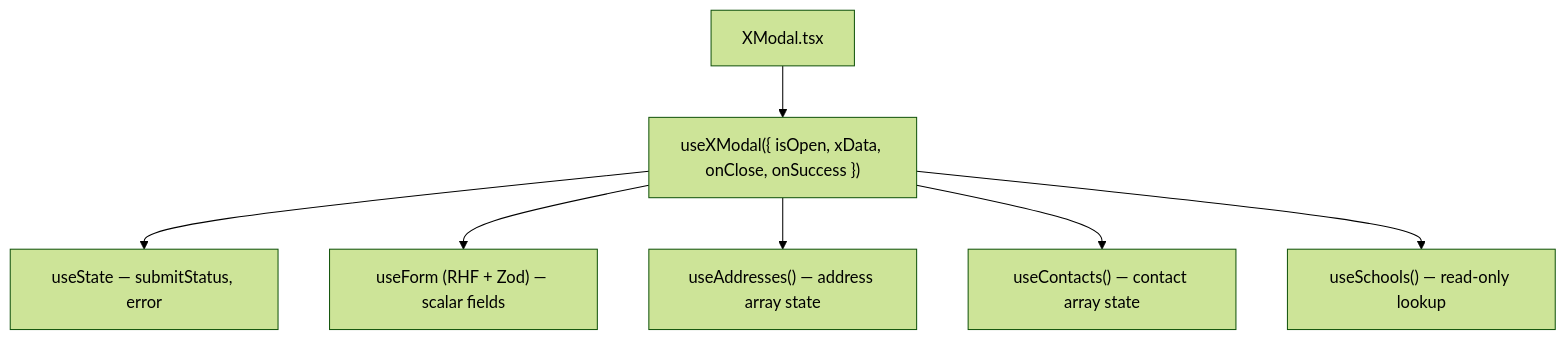
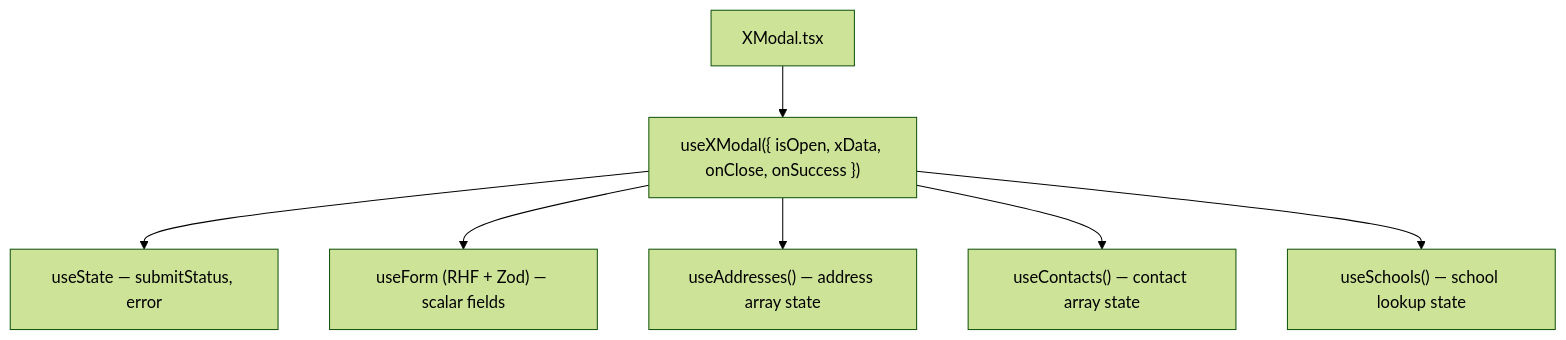
Before and after one commit to shin0bi21/program-management-app: the second of 4 diagrams in frontend/STRUCTURE.md, drawn with Mermaid (forest theme). The commit also changed other lines of this file and 36 other files, not shown here.

````diff
--- a/frontend/STRUCTURE.md
+++ b/frontend/STRUCTURE.md
@@ -283,9 +282,9 @@
 ```mermaid
 flowchart TD
     M[XModal.tsx] --> HK["useXModal({ isOpen, xData, onClose, onSuccess })"]
     HK --> S["useState — submitStatus, error"]
     HK --> F["useForm (RHF + Zod) — scalar fields"]
     HK --> A["useAddresses() — address array state"]
     HK --> C["useContacts() — contact array state"]
-    HK --> SC["useSchools() — read-only lookup"]
+    HK --> SC["useSchools() — school lookup state"]
 ```
````
